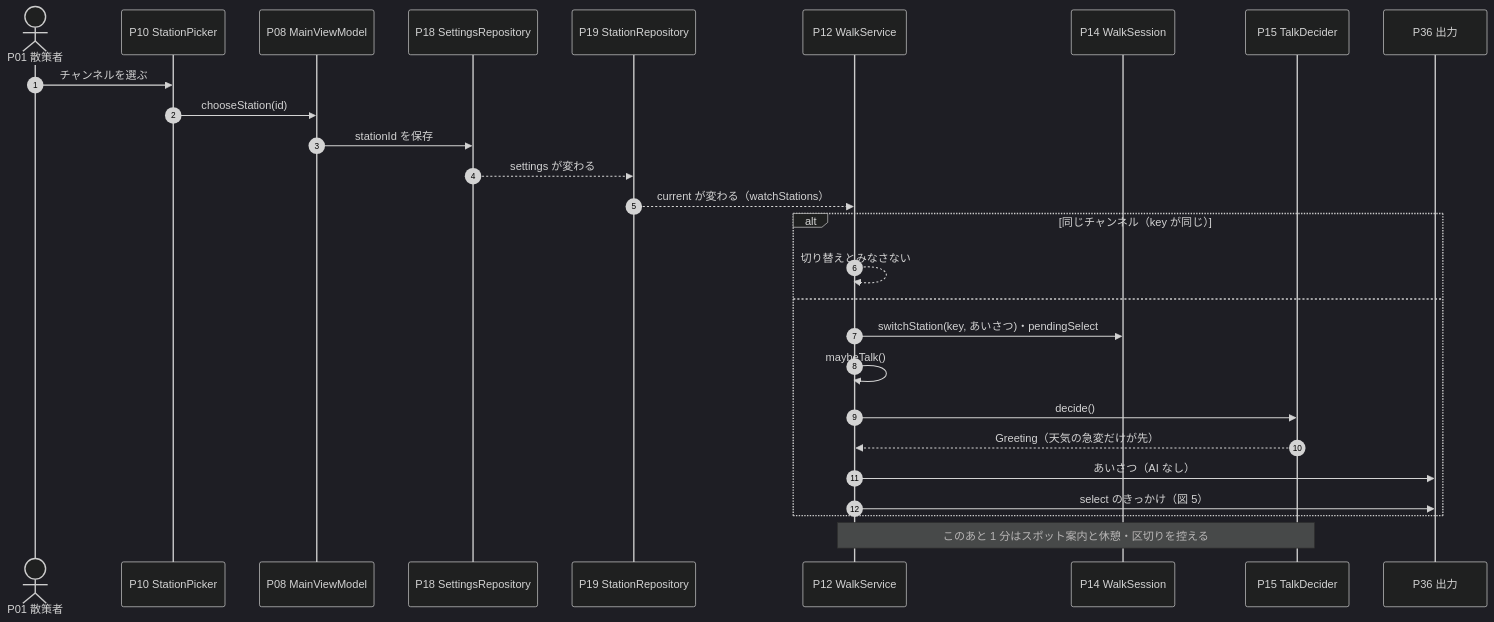
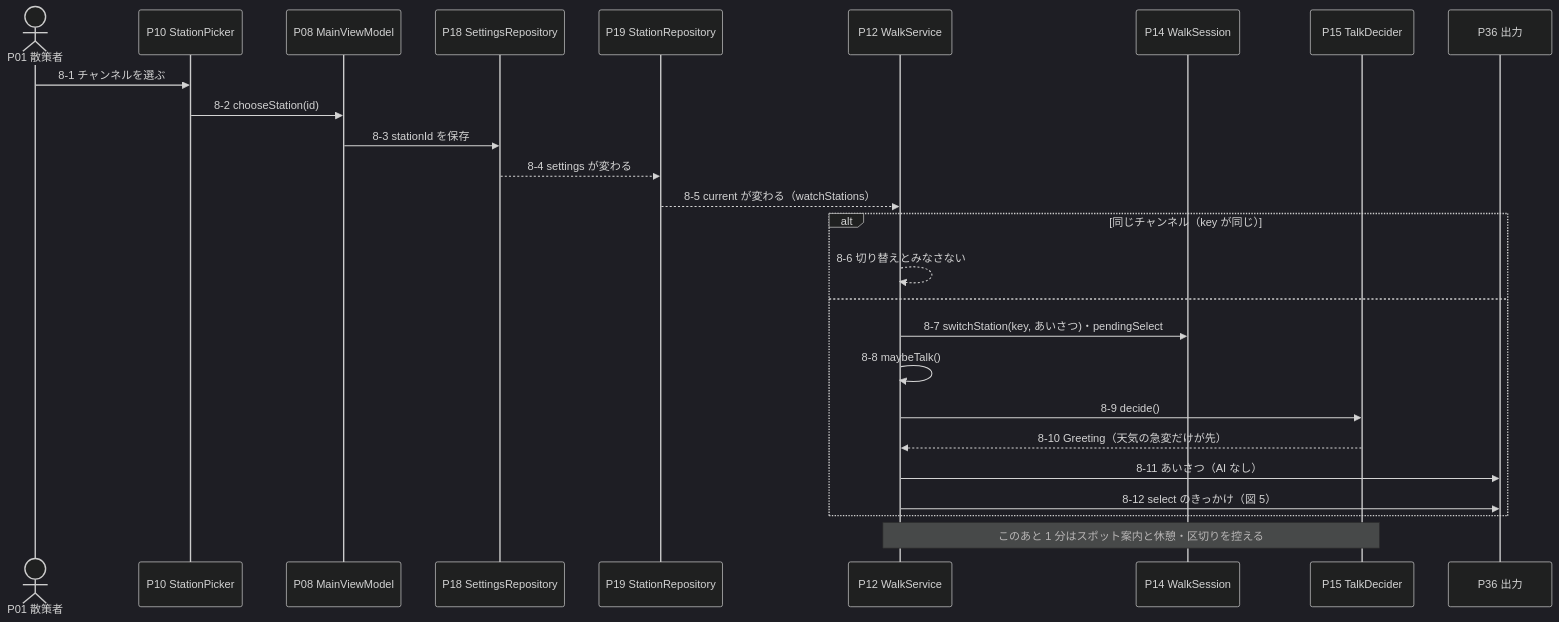
One commit to duwenji/yorisoi-sanpoguide changed the eighth of 9 diagrams in docs/sequences.md. Above: the diagram before and after it, drawn with Mermaid (dark theme). The commit also changed other lines of this file, not shown here.

First line of the commit message:
docs: write the step numbers into the sequence diagrams

````diff
--- a/docs/sequences.md
+++ b/docs/sequences.md
@@ -544,30 +537,29 @@
 ```mermaid
 sequenceDiagram
-  autonumber
   actor W as P01 散策者
   participant Pick as P10 StationPicker
   participant VM as P08 MainViewModel
   participant Set as P18 SettingsRepository
   participant Repo as P19 StationRepository
   participant WS as P12 WalkService
   participant Sess as P14 WalkSession
   participant TD as P15 TalkDecider
   participant Out as P36 出力
 
-  W->>Pick: チャンネルを選ぶ
-  Pick->>VM: chooseStation(id)
-  VM->>Set: stationId を保存
-  Set-->>Repo: settings が変わる
-  Repo-->>WS: current が変わる（watchStations）
+  W->>Pick: 8-1 チャンネルを選ぶ
+  Pick->>VM: 8-2 chooseStation(id)
+  VM->>Set: 8-3 stationId を保存
+  Set-->>Repo: 8-4 settings が変わる
+  Repo-->>WS: 8-5 current が変わる（watchStations）
   alt 同じチャンネル（key が同じ）
-    WS-->>WS: 切り替えとみなさない
+    WS-->>WS: 8-6 切り替えとみなさない
   else
-    WS->>Sess: switchStation(key, あいさつ)・pendingSelect
-    WS->>WS: maybeTalk()
-    WS->>TD: decide()
-    TD-->>WS: Greeting（天気の急変だけが先）
-    WS->>Out: あいさつ（AI なし）
-    WS->>Out: select のきっかけ（図 5）
+    WS->>Sess: 8-7 switchStation(key, あいさつ)・pendingSelect
+    WS->>WS: 8-8 maybeTalk()
+    WS->>TD: 8-9 decide()
+    TD-->>WS: 8-10 Greeting（天気の急変だけが先）
+    WS->>Out: 8-11 あいさつ（AI なし）
+    WS->>Out: 8-12 select のきっかけ（図 5）
   end
   Note over WS,TD: このあと 1 分はスポット案内と休憩・区切りを控える
 ```
````
